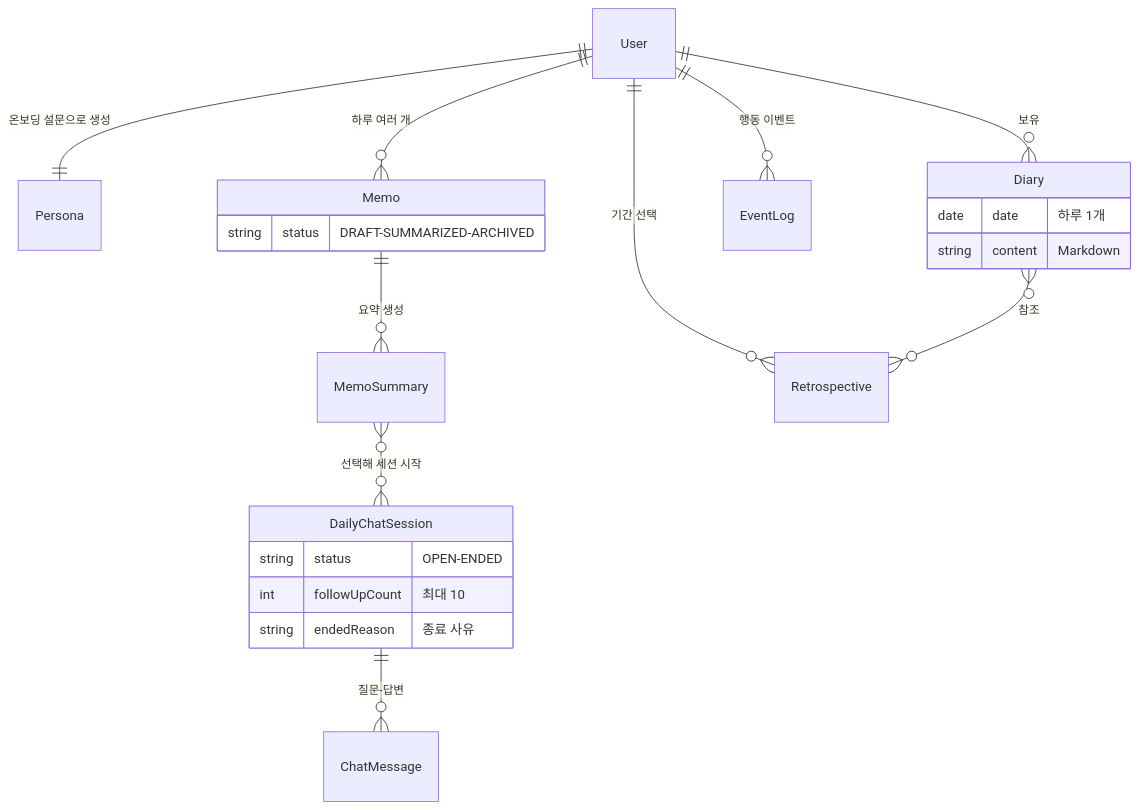
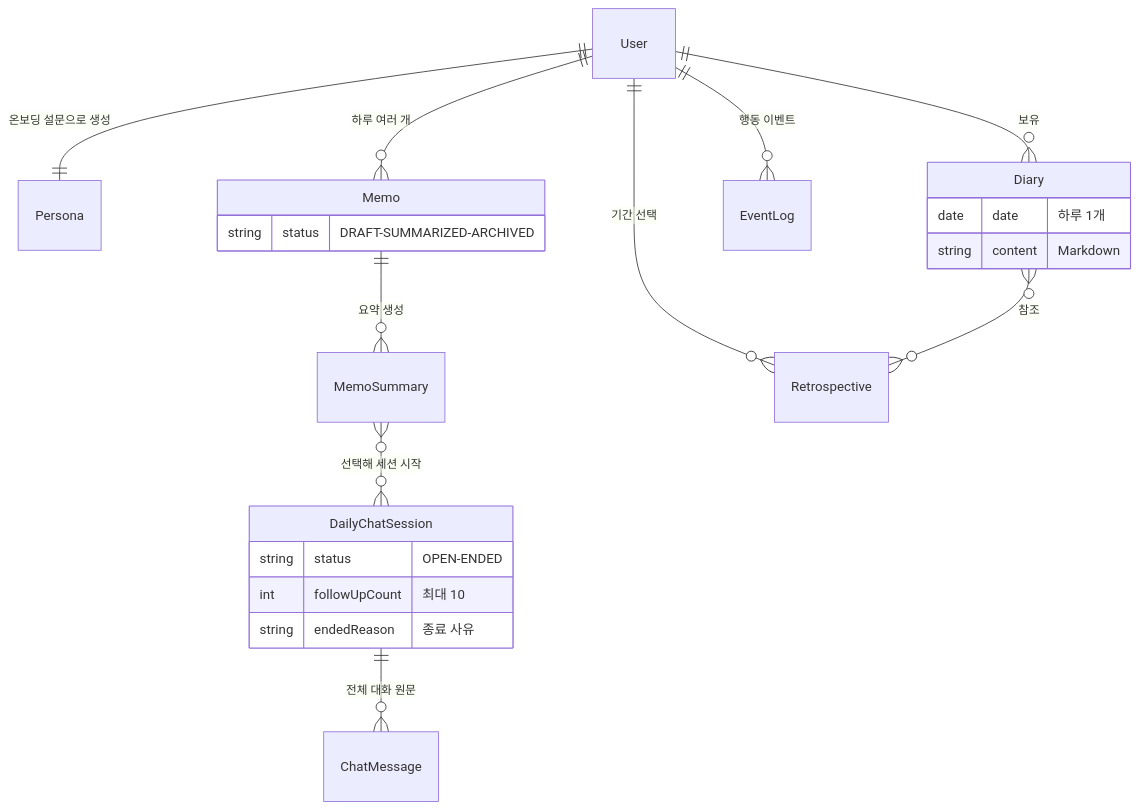
The fifth of 7 diagrams in README.md (my-girin-log/girin-log-harness), drawn with Mermaid before and after one commit. The commit also changed 7 other files, not shown here.

````diff
--- a/README.md
+++ b/README.md
@@ -165,24 +165,24 @@
 ```mermaid
 erDiagram
     User ||--|| Persona : "온보딩 설문으로 생성"
     User ||--o{ Memo : "하루 여러 개"
     Memo ||--o{ MemoSummary : "요약 생성"
     MemoSummary }o--o{ DailyChatSession : "선택해 세션 시작"
-    DailyChatSession ||--o{ ChatMessage : "질문-답변"
+    DailyChatSession ||--o{ ChatMessage : "전체 대화 원문"
     User ||--o{ Diary : "보유"
     User ||--o{ Retrospective : "기간 선택"
     User ||--o{ EventLog : "행동 이벤트"
     Diary }o--o{ Retrospective : "참조"
     Memo {
         string status "DRAFT-SUMMARIZED-ARCHIVED"
     }
     DailyChatSession {
         string status "OPEN-ENDED"
         int followUpCount "최대 10"
         string endedReason "종료 사유"
     }
     Diary {
         date date "하루 1개"
         string content "Markdown"
     }
 ```
````
